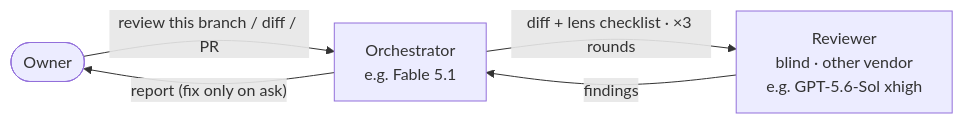
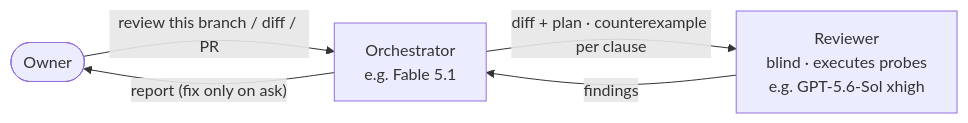
Before and after one commit to rucister/agent-workflow: the fourth of 4 diagrams in README.md, drawn with Mermaid. The commit also changed other lines of this file and 1 other file, not shown here.

````diff
--- a/README.md
+++ b/README.md
@@ -62,7 +83,7 @@
 ```mermaid
 flowchart LR
     OWNER(["Owner"]) -- "review this branch / diff / PR" --> ORCH["Orchestrator<br/>e.g. Fable 5.1"]
-    ORCH -- "diff + lens checklist · ×3 rounds" --> REV["Reviewer<br/>blind · other vendor<br/>e.g. GPT-5.6-Sol xhigh"]
+    ORCH -- "diff + plan · counterexample per clause" --> REV["Reviewer<br/>blind · executes probes<br/>e.g. GPT-5.6-Sol xhigh"]
     REV -- "findings" --> ORCH
     ORCH -- "report (fix only on ask)" --> OWNER
 ```
````
